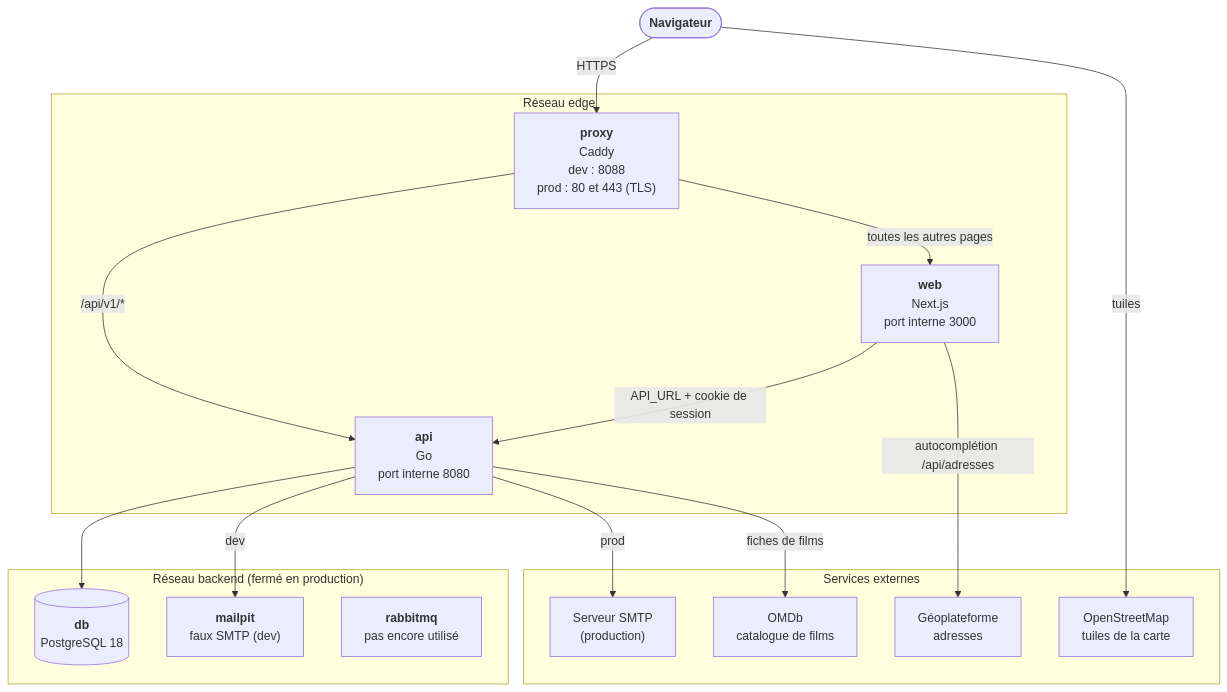
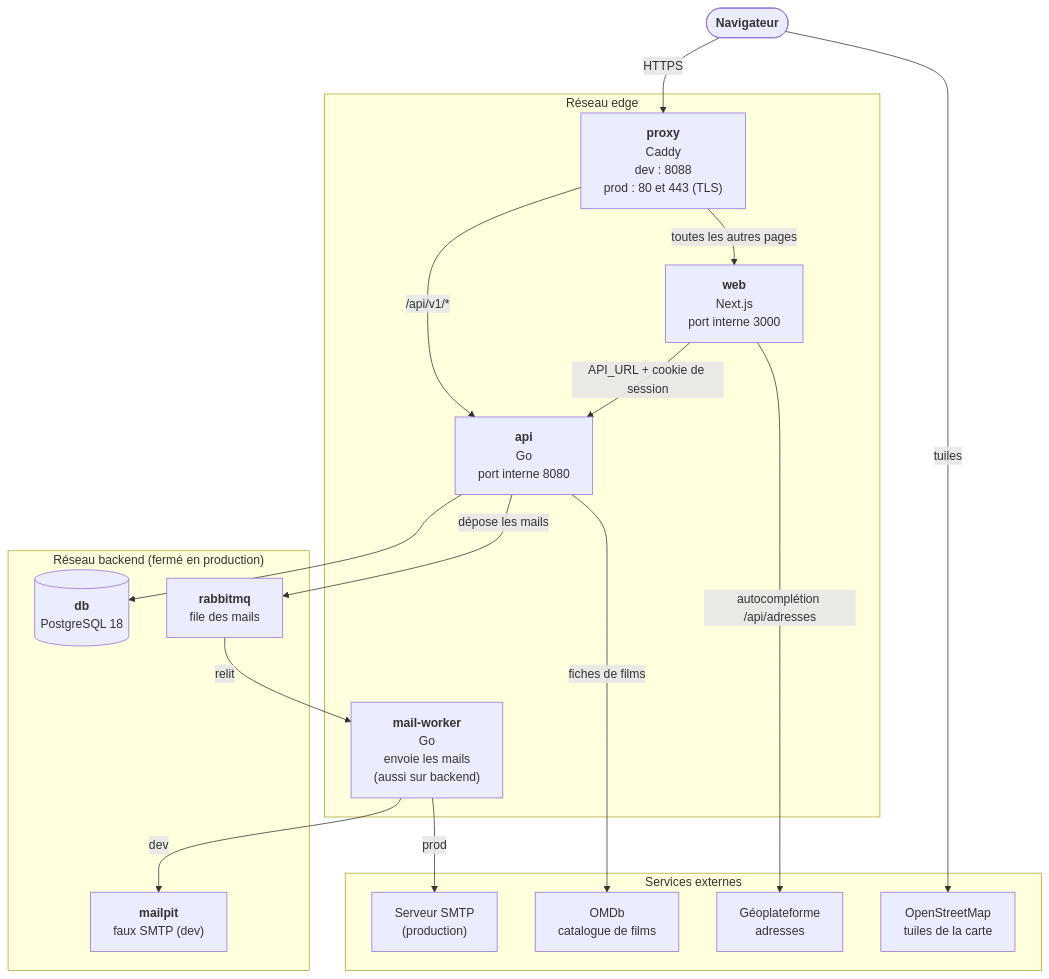
The diagram in docs-site/docs/architecture.md (ashandcompany/heros-sos), drawn with Mermaid before and after one commit. The commit also changed other lines of this file and 4 other files, not shown here.

First line of the commit message:
docs(mail): document the RabbitMQ mail queue

````diff
--- a/docs-site/docs/architecture.md
+++ b/docs-site/docs/architecture.md
@@ -10,34 +10,37 @@
 ```mermaid
 flowchart TB
     nav(["<b>Navigateur</b>"])
 
     subgraph edge["Réseau edge"]
         proxy["<b>proxy</b><br/>Caddy<br/>dev : 8088<br/>prod : 80 et 443 (TLS)"]
         web["<b>web</b><br/>Next.js<br/>port interne 3000"]
         api["<b>api</b><br/>Go<br/>port interne 8080"]
+        mailworker["<b>mail-worker</b><br/>Go<br/>envoie les mails<br/>(aussi sur backend)"]
     end
 
     subgraph backend["Réseau backend (fermé en production)"]
         db[("<b>db</b><br/>PostgreSQL 18")]
         mailpit["<b>mailpit</b><br/>faux SMTP (dev)"]
-        rabbit["<b>rabbitmq</b><br/>pas encore utilisé"]
+        rabbit["<b>rabbitmq</b><br/>file des mails"]
     end
 
     subgraph externes["Services externes"]
         smtp["Serveur SMTP<br/>(production)"]
         omdb["OMDb<br/>catalogue de films"]
         geo["Géoplateforme<br/>adresses"]
         osm["OpenStreetMap<br/>tuiles de la carte"]
     end
 
     nav -->|"HTTPS"| proxy
     nav -->|"tuiles"| osm
     proxy -->|"/api/v1/*"| api
     proxy -->|"toutes les autres pages"| web
     web -->|"API_URL + cookie de session"| api
     web -->|"autocomplétion /api/adresses"| geo
     api --> db
-    api -->|"dev"| mailpit
-    api -->|"prod"| smtp
+    api -->|"dépose les mails"| rabbit
+    rabbit -->|"relit"| mailworker
+    mailworker -->|"dev"| mailpit
+    mailworker -->|"prod"| smtp
     api -->|"fiches de films"| omdb
 ```
````
